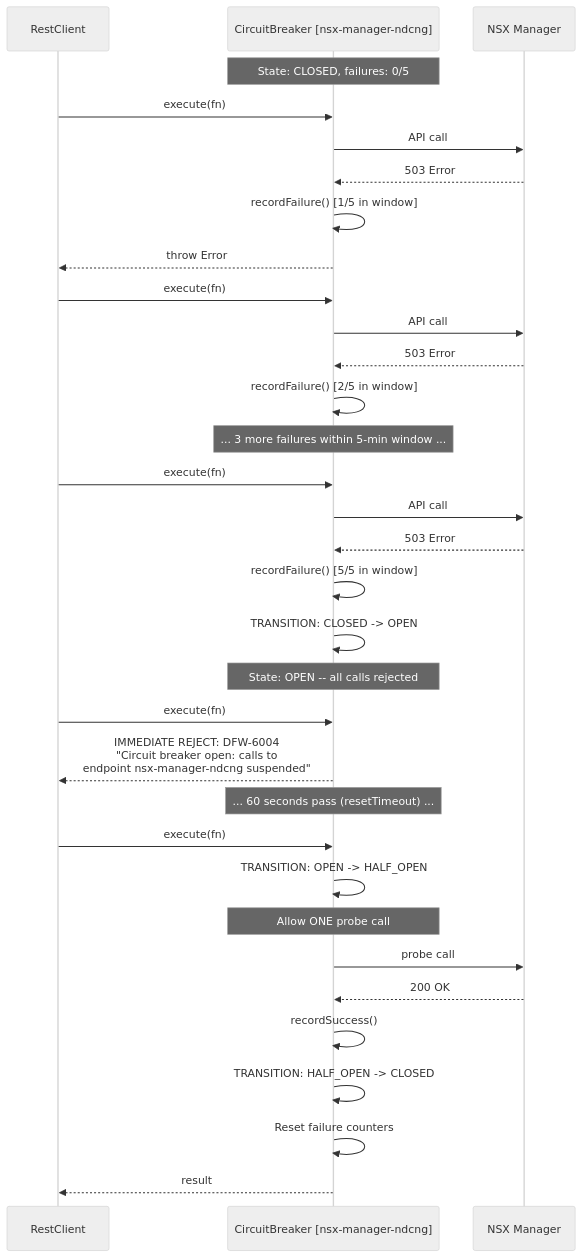
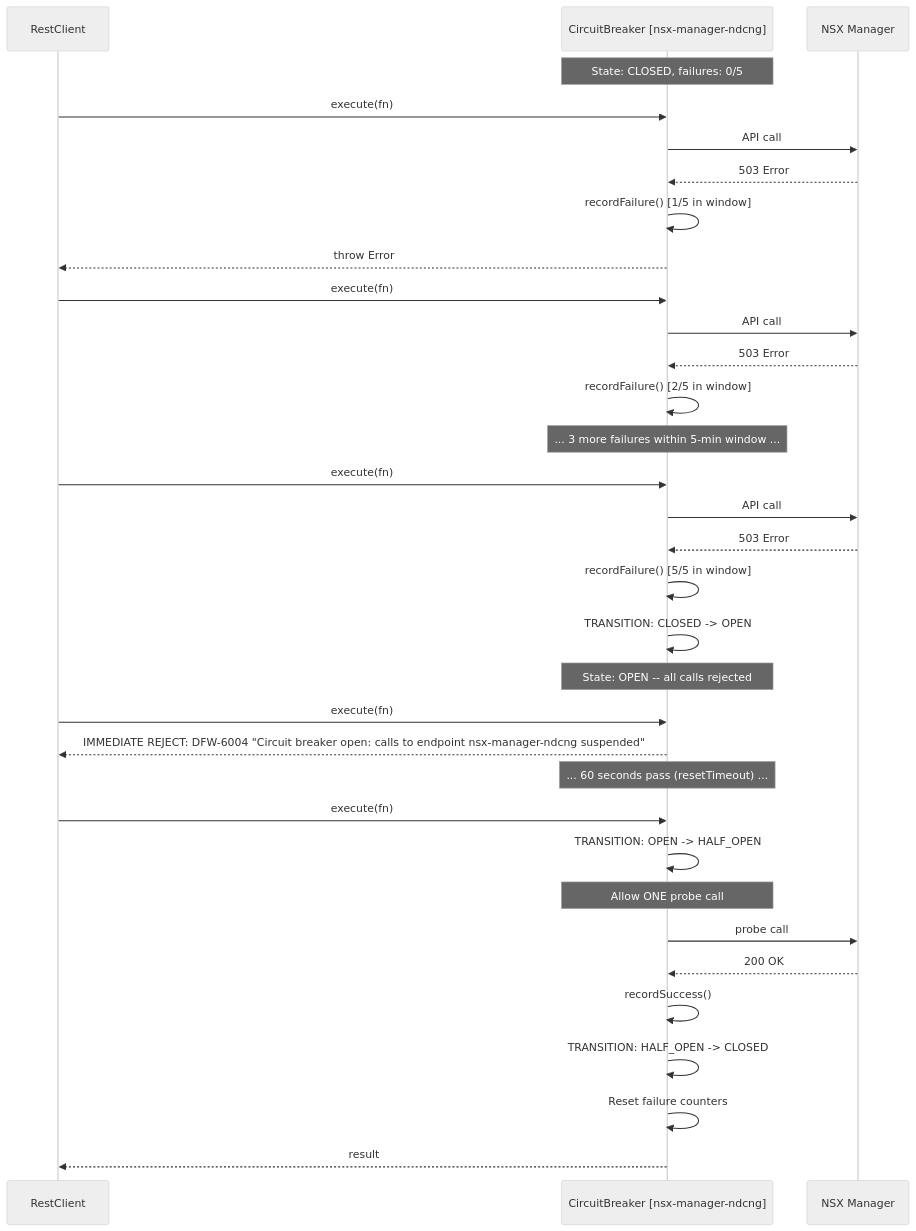
Before and after one commit to srikanth-nalam/dfw-automation-pipeline: the seventh of 10 diagrams in docs/LLD.md, drawn with Mermaid (neutral theme). The commit also changed other lines of this file and 8 other files, not shown here.

First line of the commit message:
fix(docs): resolve Mermaid diagram rendering issues in HLD.md

````diff
--- a/docs/LLD.md
+++ b/docs/LLD.md
@@ -1180,44 +1180,44 @@
 ```mermaid
 sequenceDiagram
     participant Client as RestClient
     participant CB as CircuitBreaker [nsx-manager-ndcng]
     participant API as NSX Manager
 
     Note over CB: State: CLOSED, failures: 0/5
 
     Client->>CB: execute(fn)
     CB->>API: API call
     API-->>CB: 503 Error
     CB->>CB: recordFailure() [1/5 in window]
     CB-->>Client: throw Error
 
     Client->>CB: execute(fn)
     CB->>API: API call
     API-->>CB: 503 Error
     CB->>CB: recordFailure() [2/5 in window]
 
     Note over CB: ... 3 more failures within 5-min window ...
 
     Client->>CB: execute(fn)
     CB->>API: API call
     API-->>CB: 503 Error
     CB->>CB: recordFailure() [5/5 in window]
     CB->>CB: TRANSITION: CLOSED -> OPEN
 
     Note over CB: State: OPEN -- all calls rejected
 
     Client->>CB: execute(fn)
-    CB-->>Client: IMMEDIATE REJECT: DFW-6004<br/>"Circuit breaker open: calls to<br/>endpoint nsx-manager-ndcng suspended"
+    CB-->>Client: IMMEDIATE REJECT: DFW-6004 "Circuit breaker open: calls to endpoint nsx-manager-ndcng suspended"
 
     Note over CB: ... 60 seconds pass (resetTimeout) ...
 
     Client->>CB: execute(fn)
     CB->>CB: TRANSITION: OPEN -> HALF_OPEN
     Note over CB: Allow ONE probe call
     CB->>API: probe call
     API-->>CB: 200 OK
     CB->>CB: recordSuccess()
     CB->>CB: TRANSITION: HALF_OPEN -> CLOSED
     CB->>CB: Reset failure counters
     CB-->>Client: result
 ```
````
